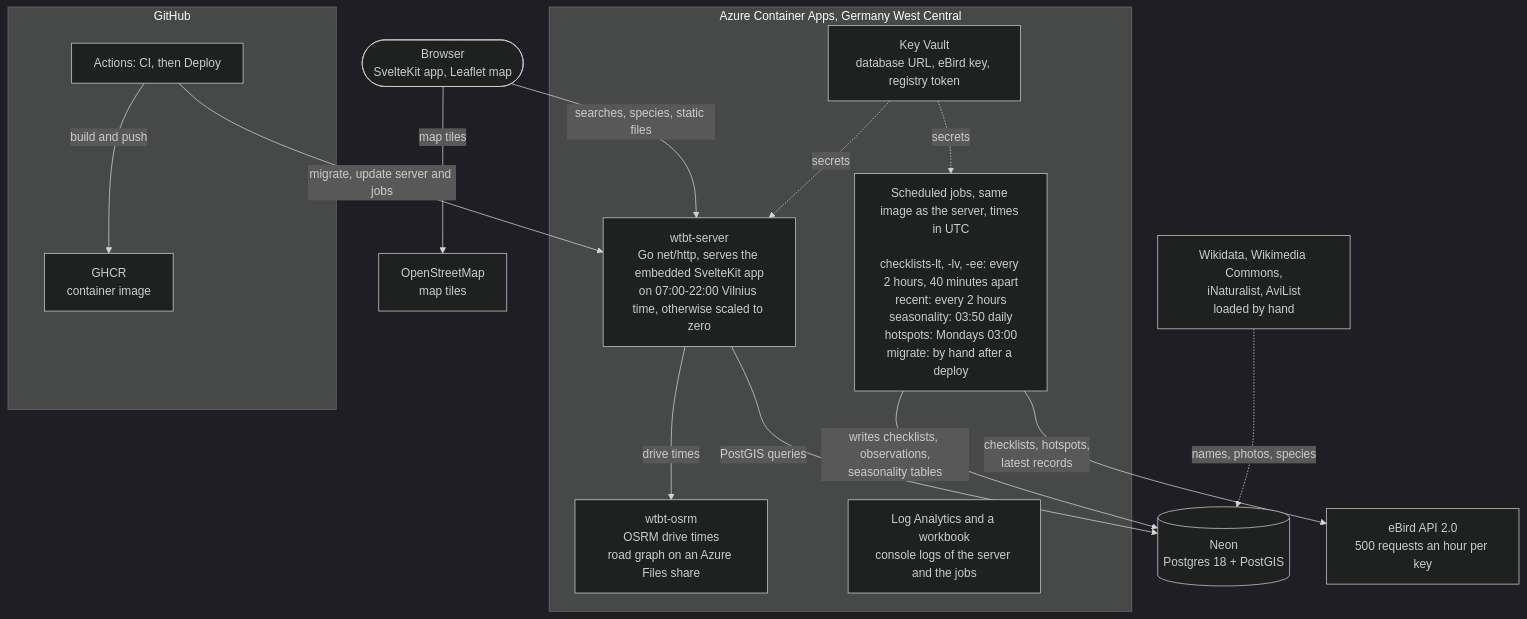
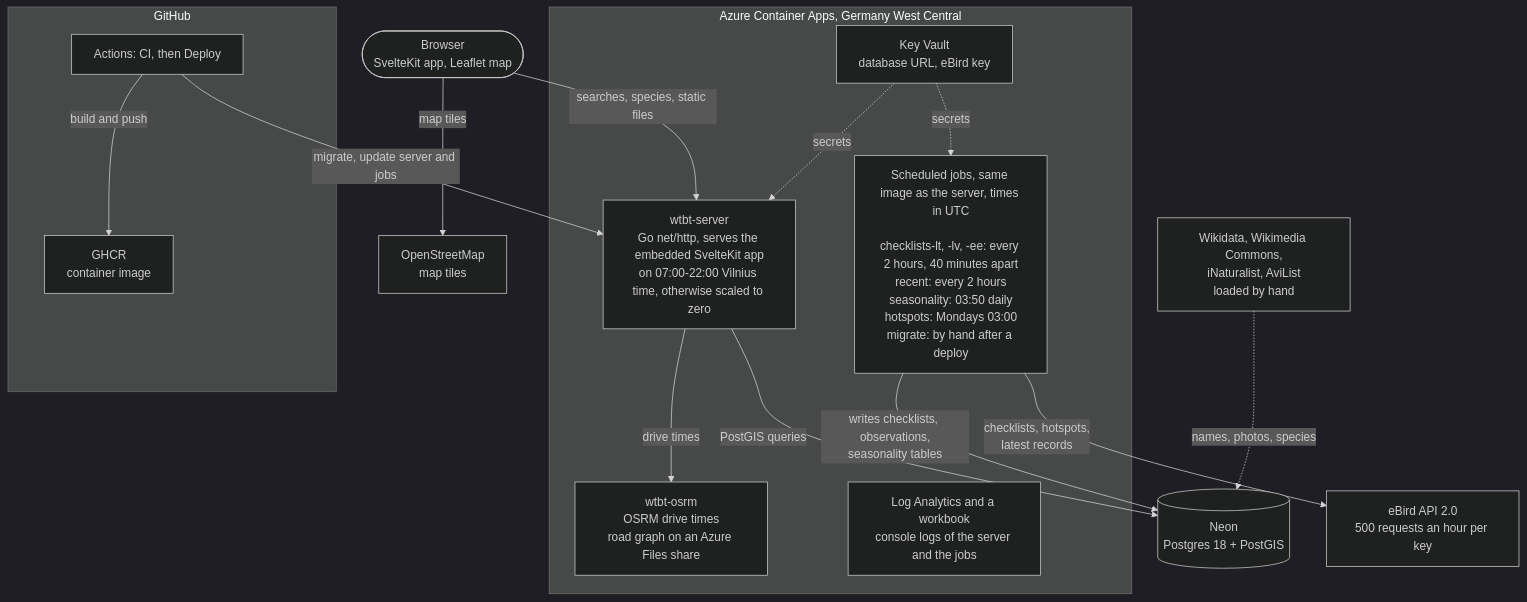
One commit to Kontora20/where-to-bird-today changed the diagram in README.md. Above: the diagram before and after it, drawn with Mermaid (dark theme). The commit also changed 3 other files, not shown here.

````diff
--- a/README.md
+++ b/README.md
@@ -15,37 +15,37 @@
 ```mermaid
 flowchart TB
     browser(["Browser<br/>SvelteKit app, Leaflet map"])
     tiles["OpenStreetMap<br/>map tiles"]
 
     subgraph azure["Azure Container Apps, Germany West Central"]
         server["wtbt-server<br/>Go net/http, serves the embedded SvelteKit app<br/>on 07:00-22:00 Vilnius time, otherwise scaled to zero"]
         osrm["wtbt-osrm<br/>OSRM drive times<br/>road graph on an Azure Files share"]
         jobs["Scheduled jobs, same image as the server, times in UTC<br/><br/>checklists-lt, -lv, -ee: every 2 hours, 40 minutes apart<br/>recent: every 2 hours<br/>seasonality: 03:50 daily<br/>hotspots: Mondays 03:00<br/>migrate: by hand after a deploy"]
-        vault["Key Vault<br/>database URL, eBird key, registry token"]
+        vault["Key Vault<br/>database URL, eBird key"]
         logs["Log Analytics and a workbook<br/>console logs of the server and the jobs"]
     end
 
     neon[("Neon<br/>Postgres 18 + PostGIS")]
     ebird["eBird API 2.0<br/>500 requests an hour per key"]
     sources["Wikidata, Wikimedia Commons,<br/>iNaturalist, AviList<br/>loaded by hand"]
 
     subgraph github["GitHub"]
         ci["Actions: CI, then Deploy"]
         ghcr["GHCR<br/>container image"]
     end
 
     browser -->|"searches, species, static files"| server
     browser -->|"map tiles"| tiles
     server -->|"PostGIS queries"| neon
     server -->|"drive times"| osrm
 
     jobs -->|"checklists, hotspots,<br/>latest records"| ebird
     jobs -->|"writes checklists, observations,<br/>seasonality tables"| neon
     sources -.->|"names, photos, species"| neon
 
     vault -.->|"secrets"| server
     vault -.->|"secrets"| jobs
 
     ci -->|"build and push"| ghcr
     ci -->|"migrate, update server and jobs"| server
 ```
````
